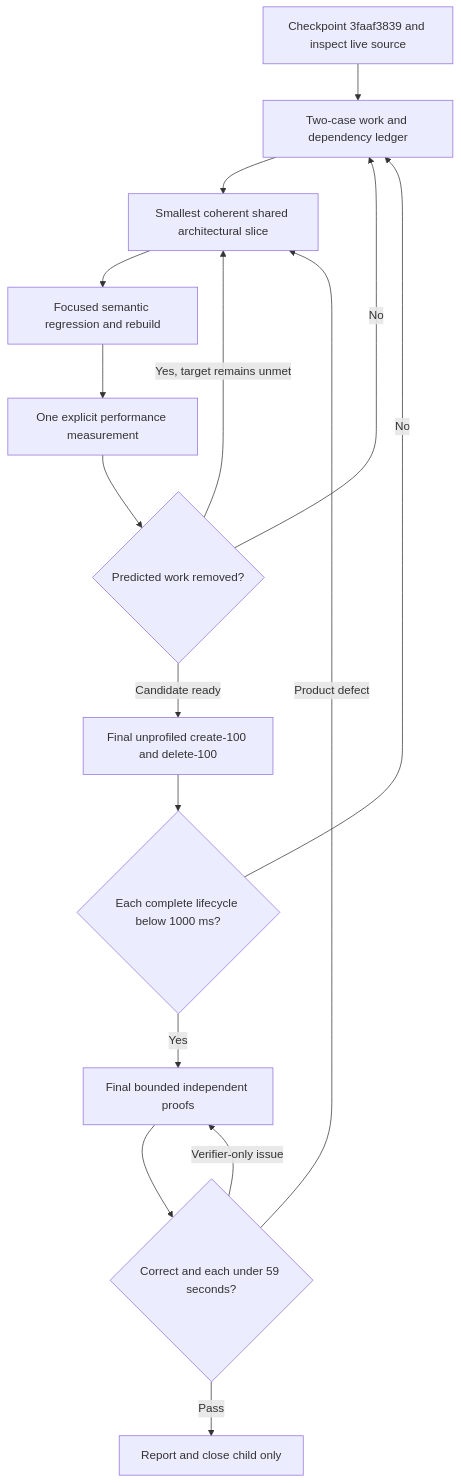
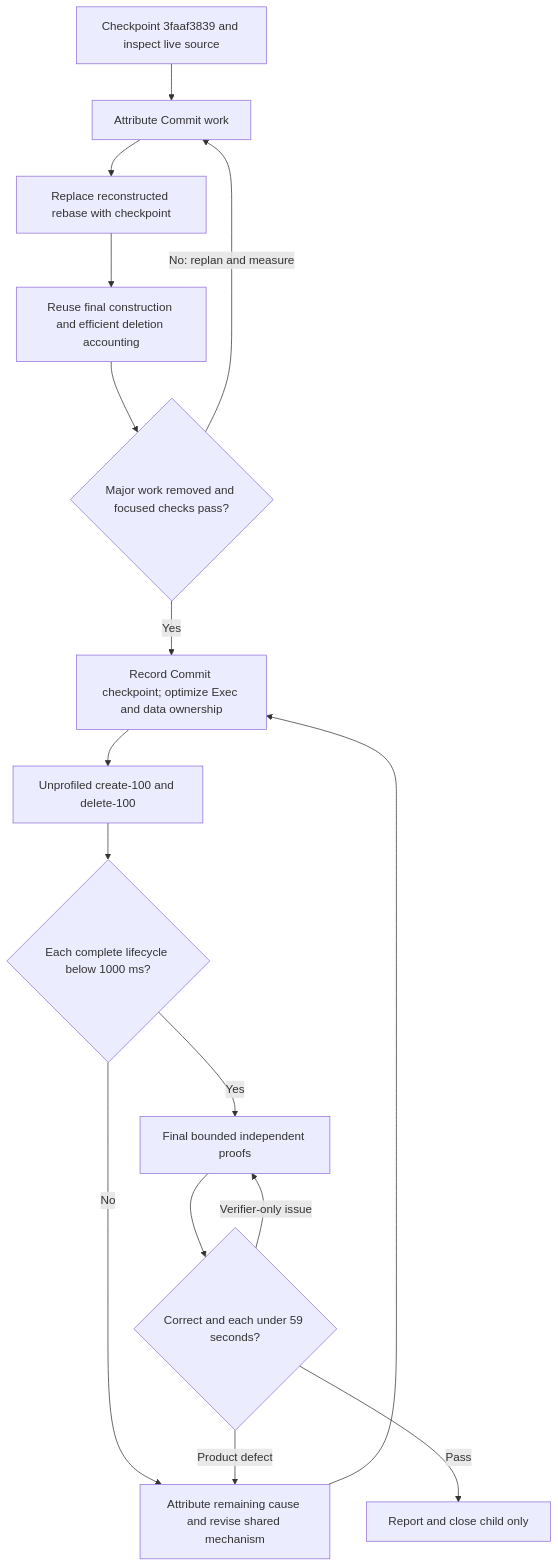
The second of 2 diagrams in docs/roadmap/0.1/0.1.3/issue47-subsecond-workspace-plan.md (Ephemeral-AI-Lab/ephemeral-ai-fs), drawn with Mermaid before and after one commit. The commit also changed other lines of this file and 7 other files, not shown here.

Commit message:
Checkpoint ordinary Workspace Commit in existing live nodes

````diff
--- a/docs/roadmap/0.1/0.1.3/issue47-subsecond-workspace-plan.md
+++ b/docs/roadmap/0.1/0.1.3/issue47-subsecond-workspace-plan.md
@@ -174,18 +323,18 @@
 ```mermaid
 flowchart TD
-    A[Checkpoint 3faaf3839 and inspect live source] --> B[Two-case work and dependency ledger]
-    B --> C[Smallest coherent shared architectural slice]
-    C --> D[Focused semantic regression and rebuild]
-    D --> E[One explicit performance measurement]
-    E --> F{Predicted work removed?}
-    F -->|No| B
-    F -->|Yes, target remains unmet| C
-    F -->|Candidate ready| G[Final unprofiled create-100 and delete-100]
+    A[Checkpoint 3faaf3839 and inspect live source] --> B[Attribute Commit work]
+    B --> C[Replace reconstructed rebase with checkpoint]
+    C --> D[Reuse final construction and efficient deletion accounting]
+    D --> E{Major work removed and focused checks pass?}
+    E -->|No: replan and measure| B
+    E -->|Yes| F[Record Commit checkpoint; optimize Exec and data ownership]
+    F --> G[Unprofiled create-100 and delete-100]
     G --> H{Each complete lifecycle below 1000 ms?}
-    H -->|No| B
+    H -->|No| R[Attribute remaining cause and revise shared mechanism]
+    R --> F
     H -->|Yes| I[Final bounded independent proofs]
     I --> J{Correct and each under 59 seconds?}
-    J -->|Product defect| C
+    J -->|Product defect| R
     J -->|Verifier-only issue| I
     J -->|Pass| K[Report and close child only]
 ```
````
